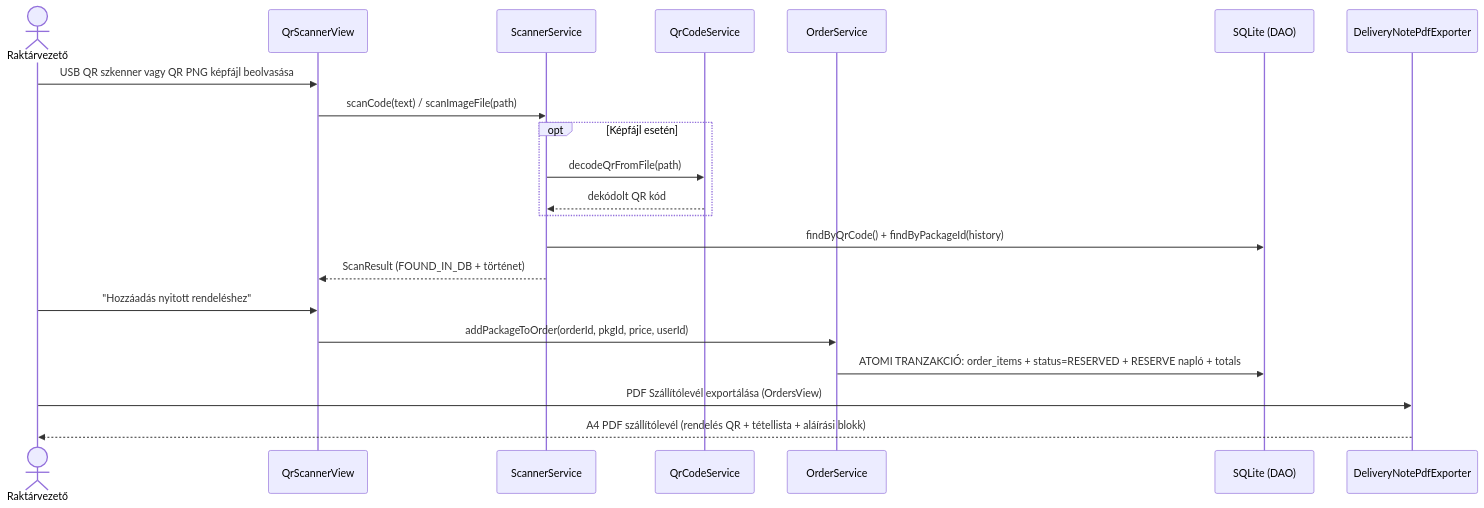
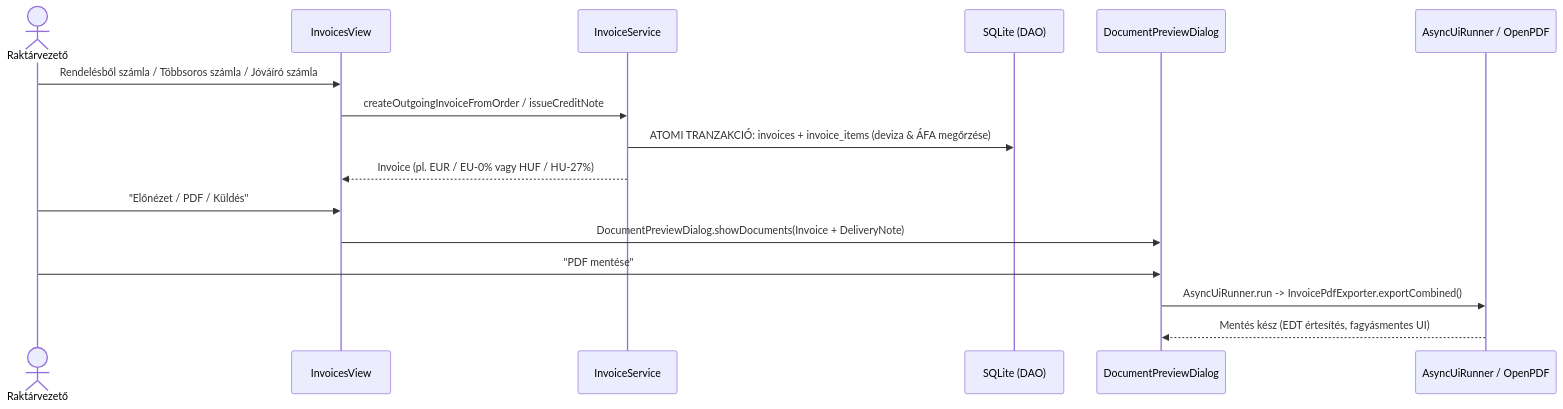
Before and after one commit to attilaczudor/due-prog-03: the fifth of 5 diagrams in docs/Programterv.md, drawn with Mermaid. The commit also changed other lines of this file and 9 other files, not shown here.

Commit message:
v2.1 Wave 4: add off-EDT AsyncUiRunner and sync v2.1 docs

````diff
--- a/docs/Programterv.md
+++ b/docs/Programterv.md
@@ -209,24 +230,19 @@
 ```mermaid
 sequenceDiagram
     actor Mgr as Raktárvezető
-    participant ScanUI as QrScannerView
-    participant ScanSvc as ScannerService
-    participant QR as QrCodeService
-    participant OrdSvc as OrderService
+    participant InvUI as InvoicesView
+    participant InvSvc as InvoiceService
     participant DB as SQLite (DAO)
-    participant PDF as DeliveryNotePdfExporter
+    participant Prev as DocumentPreviewDialog
+    participant Async as AsyncUiRunner / OpenPDF
 
-    Mgr->>ScanUI: USB QR szkenner vagy QR PNG képfájl beolvasása
-    ScanUI->>ScanSvc: scanCode(text) / scanImageFile(path)
-    opt Képfájl esetén
-        ScanSvc->>QR: decodeQrFromFile(path)
-        QR-->>ScanSvc: dekódolt QR kód
-    end
-    ScanSvc->>DB: findByQrCode() + findByPackageId(history)
-    ScanSvc-->>ScanUI: ScanResult (FOUND_IN_DB + történet)
-    Mgr->>ScanUI: "Hozzáadás nyitott rendeléshez"
-    ScanUI->>OrdSvc: addPackageToOrder(orderId, pkgId, price, userId)
-    OrdSvc->>DB: ATOMI TRANZAKCIÓ: order_items + status=RESERVED + RESERVE napló + totals
-    Mgr->>PDF: PDF Szállítólevél exportálása (OrdersView)
-    PDF-->>Mgr: A4 PDF szállítólevél (rendelés QR + tétellista + aláírási blokk)
+    Mgr->>InvUI: Rendelésből számla / Többsoros számla / Jóváíró számla
+    InvUI->>InvSvc: createOutgoingInvoiceFromOrder / issueCreditNote
+    InvSvc->>DB: ATOMI TRANZAKCIÓ: invoices + invoice_items (deviza & ÁFA megőrzése)
+    InvSvc-->>InvUI: Invoice (pl. EUR / EU-0% vagy HUF / HU-27%)
+    Mgr->>InvUI: "Előnézet / PDF / Küldés"
+    InvUI->>Prev: DocumentPreviewDialog.showDocuments(Invoice + DeliveryNote)
+    Mgr->>Prev: "PDF mentése"
+    Prev->>Async: AsyncUiRunner.run -> InvoicePdfExporter.exportCombined()
+    Async-->>Prev: Mentés kész (EDT értesítés, fagyásmentes UI)
 ```
````
